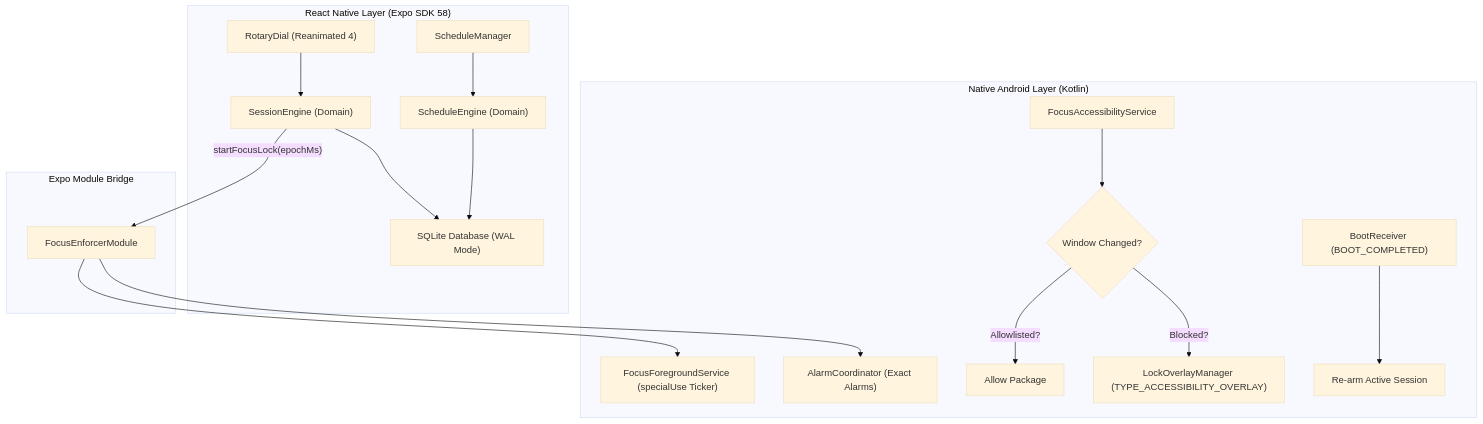
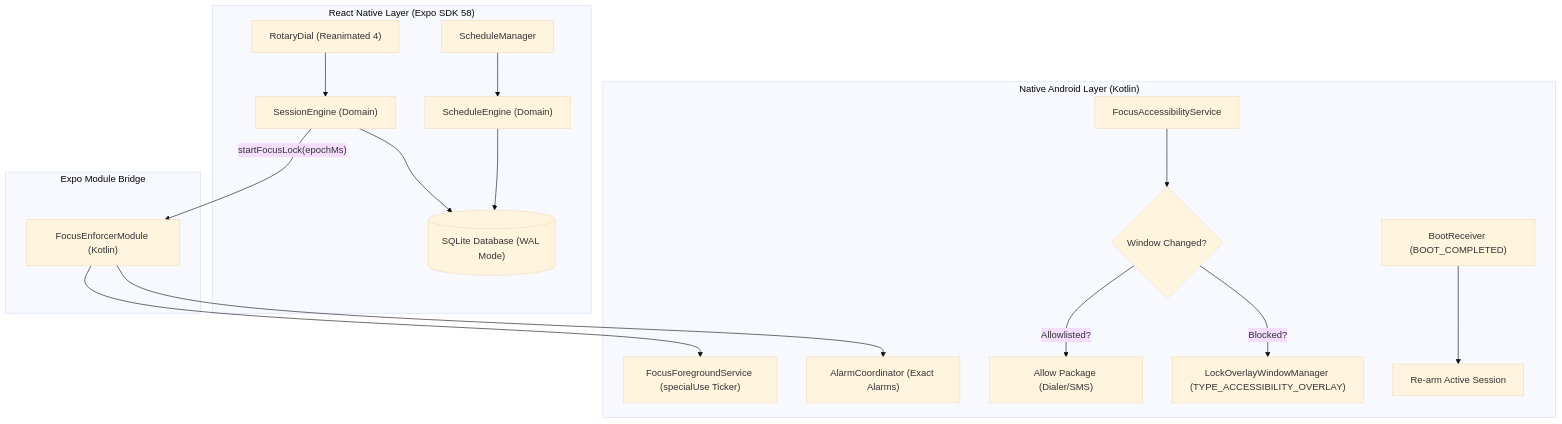
One commit to coder7475/focusGuard changed the diagram in focusGuard/README.md. Above: the diagram before and after it, drawn with Mermaid (base theme). The commit also changed other lines of this file and 6 other files, not shown here.

````diff
--- a/focusGuard/README.md
+++ b/focusGuard/README.md
@@ -104,22 +105,22 @@
 ```mermaid
 flowchart TD
     subgraph UI ["React Native Layer (Expo SDK 58)"]
         Dial["RotaryDial (Reanimated 4)"] --> SessionEngine["SessionEngine (Domain)"]
         Schedules["ScheduleManager"] --> ScheduleEngine["ScheduleEngine (Domain)"]
-        SessionEngine --> DB["SQLite Database (WAL Mode)"]
+        SessionEngine --> DB[("SQLite Database (WAL Mode)")]
         ScheduleEngine --> DB
     end
 
     subgraph NativeBridge ["Expo Module Bridge"]
-        SessionEngine -- "startFocusLock(epochMs)" --> FocusEnforcerNative["FocusEnforcerModule"]
+        SessionEngine -- "startFocusLock(epochMs)" --> FocusEnforcerNative["FocusEnforcerModule (Kotlin)"]
     end
 
     subgraph AndroidCore ["Native Android Layer (Kotlin)"]
         FocusEnforcerNative --> FGS["FocusForegroundService (specialUse Ticker)"]
         FocusEnforcerNative --> Alarm["AlarmCoordinator (Exact Alarms)"]
         AccessService["FocusAccessibilityService"] --> Event{"Window Changed?"}
-        Event -- "Allowlisted?" --> Pass["Allow Package"]
-        Event -- "Blocked?" --> Overlay["LockOverlayManager (TYPE_ACCESSIBILITY_OVERLAY)"]
+        Event -- "Allowlisted?" --> Pass["Allow Package (Dialer/SMS)"]
+        Event -- "Blocked?" --> Overlay["LockOverlayWindowManager (TYPE_ACCESSIBILITY_OVERLAY)"]
         BootReceiver["BootReceiver (BOOT_COMPLETED)"] --> Reconcile["Re-arm Active Session"]
     end
 ```
````
